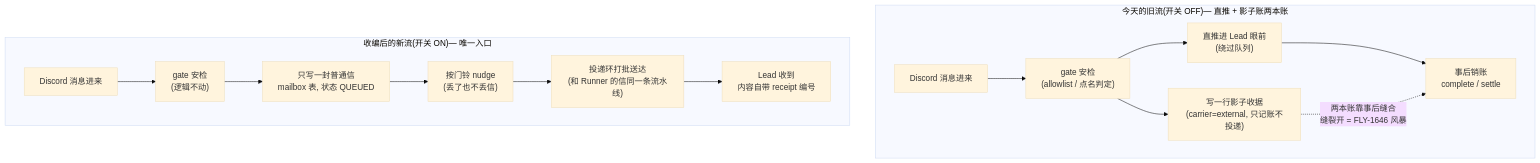
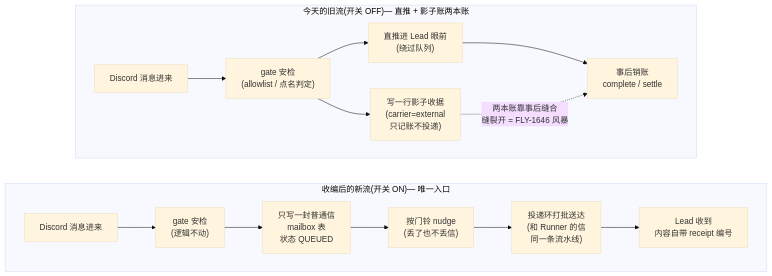
Before and after one commit to xrliAnnie/flywheel-qa-sandbox: the diagram in engineering/doc/FLY-1574-discord-mailbox-ingest/diagrams/d1-core-flow.mmd, drawn with Mermaid (base theme). The commit also changed 2 other files, not shown here.

Commit message:
docs(FLY-1574): fix d1 diagram aspect ratio (stack subgraphs vertically)

```diff
--- a/engineering/doc/FLY-1574-discord-mailbox-ingest/diagrams/d1-core-flow.mmd
+++ b/engineering/doc/FLY-1574-discord-mailbox-ingest/diagrams/d1-core-flow.mmd
@@ -1,15 +1,18 @@
 flowchart TB
   subgraph old["今天的旧流(开关 OFF)— 直推 + 影子账两本账"]
+    direction LR
     A1["Discord 消息进来"] --> B1["gate 安检<br/>(allowlist / 点名判定)"]
-    B1 --> C1["写一行影子收据<br/>(carrier=external, 只记账不投递)"]
+    B1 --> C1["写一行影子收据<br/>(carrier=external<br/>只记账不投递)"]
     B1 --> D1["直推进 Lead 眼前<br/>(绕过队列)"]
     D1 --> E1["事后销账<br/>complete / settle"]
     C1 -. "两本账靠事后缝合<br/>缝裂开 = FLY-1646 风暴" .-> E1
   end
   subgraph new["收编后的新流(开关 ON)— 唯一入口"]
+    direction LR
     A2["Discord 消息进来"] --> B2["gate 安检<br/>(逻辑不动)"]
-    B2 --> C2["只写一封普通信<br/>mailbox 表, 状态 QUEUED"]
+    B2 --> C2["只写一封普通信<br/>mailbox 表<br/>状态 QUEUED"]
     C2 --> D2["按门铃 nudge<br/>(丢了也不丢信)"]
-    D2 --> E2["投递环打批送达<br/>(和 Runner 的信同一条流水线)"]
+    D2 --> E2["投递环打批送达<br/>(和 Runner 的信<br/>同一条流水线)"]
     E2 --> F2["Lead 收到<br/>内容自带 receipt 编号"]
   end
+  old ~~~ new
```
